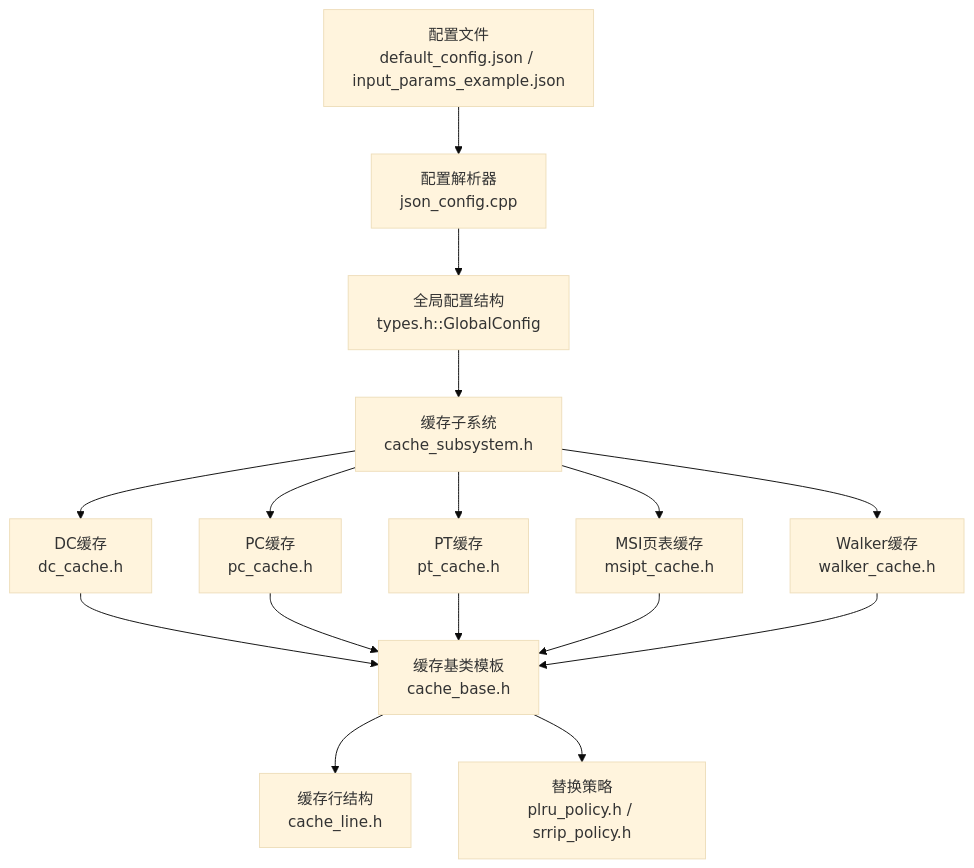
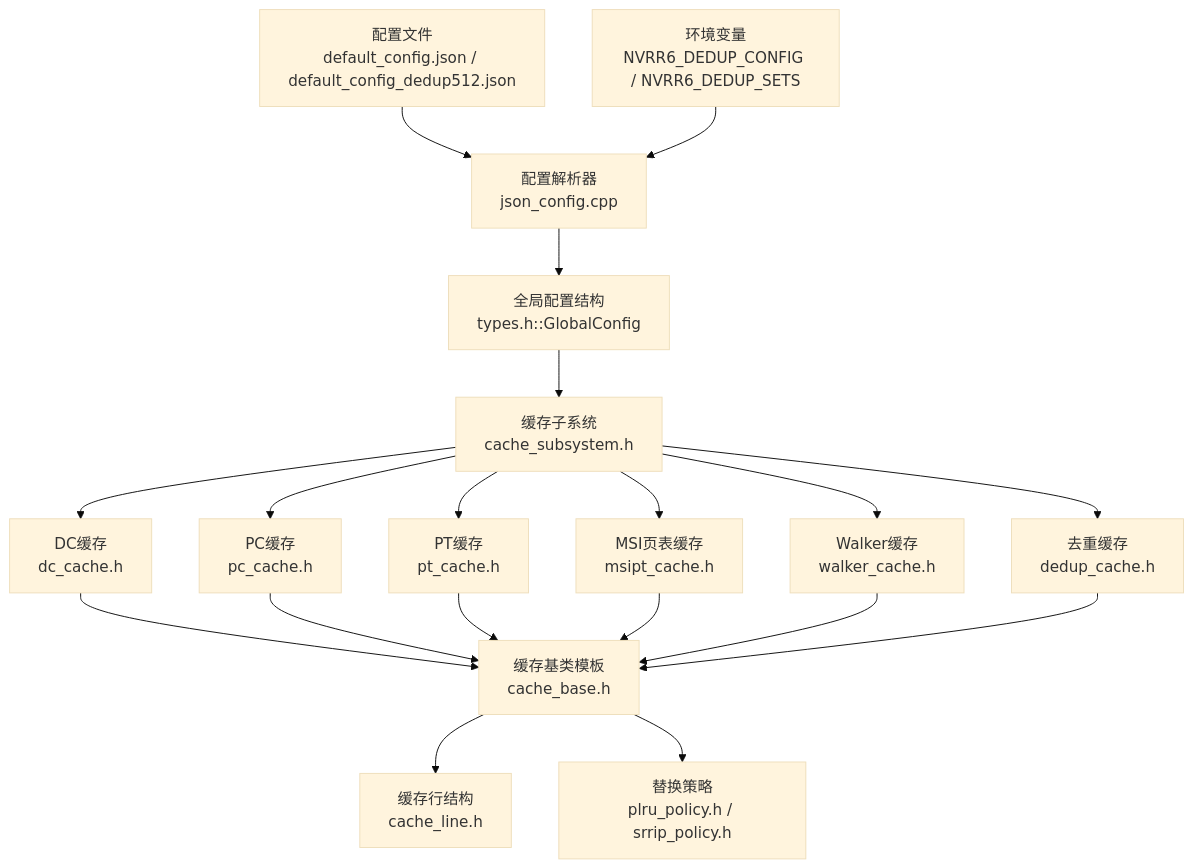
One commit to jiangjiang1122/iommu_model_20260401_v1 changed the first of 5 diagrams in .qoder/repowiki/zh/content/配置与参数/缓存配置.md. Above: the diagram before and after it, drawn with Mermaid (base theme). The commit also changed other lines of this file and 55 other files, not shown here.

````diff
--- a/.qoder/repowiki/zh/content/配置与参数/缓存配置.md
+++ b/.qoder/repowiki/zh/content/配置与参数/缓存配置.md
@@ -58,30 +65,35 @@
 ```mermaid
 graph TB
-CFG["配置文件<br/>default_config.json / input_params_example.json"]
+CFG["配置文件<br/>default_config.json / default_config_dedup512.json"]
+ENV["环境变量<br/>NVRR6_DEDUP_CONFIG / NVRR6_DEDUP_SETS"]
 JC["配置解析器<br/>json_config.cpp"]
 GC["全局配置结构<br/>types.h::GlobalConfig"]
 CS["缓存子系统<br/>cache_subsystem.h"]
 CB["缓存基类模板<br/>cache_base.h"]
 CL["缓存行结构<br/>cache_line.h"]
 DC["DC缓存<br/>dc_cache.h"]
 PC["PC缓存<br/>pc_cache.h"]
 PT["PT缓存<br/>pt_cache.h"]
 MSI["MSI页表缓存<br/>msipt_cache.h"]
 WC["Walker缓存<br/>walker_cache.h"]
+DEDUP["去重缓存<br/>dedup_cache.h"]
 RP["替换策略<br/>plru_policy.h / srrip_policy.h"]
 CFG --> JC
+ENV --> JC
 JC --> GC
 GC --> CS
 CS --> DC
 CS --> PC
 CS --> PT
 CS --> MSI
 CS --> WC
+CS --> DEDUP
 DC --> CB
 PC --> CB
 PT --> CB
 MSI --> CB
 WC --> CB
+DEDUP --> CB
 CB --> CL
 CB --> RP
 ```
````
